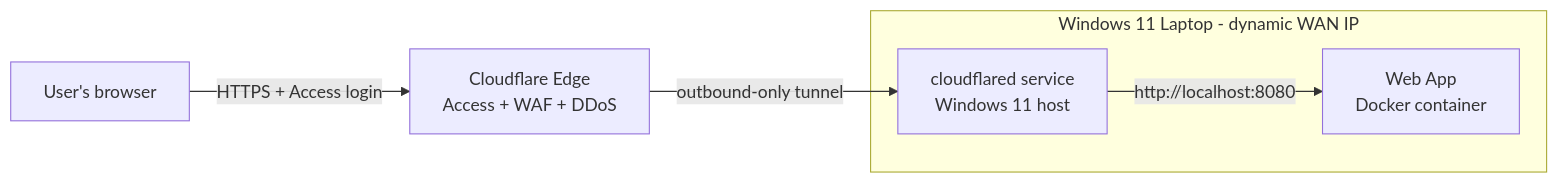
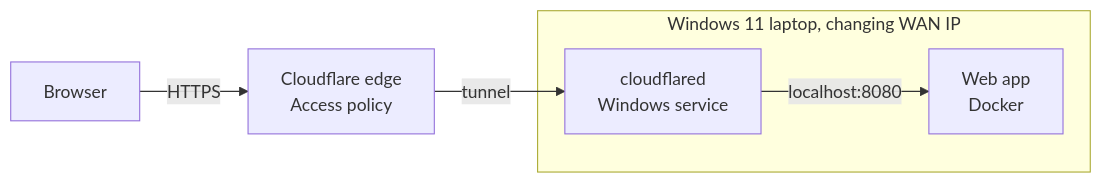
Before and after one commit to gustoak/cloudflare-tunnel-windows: the diagram in README.md, drawn with Mermaid. The commit also changed other lines of this file, not shown here.

````diff
--- a/README.md
+++ b/README.md
@@ -34,11 +23,11 @@
 ```mermaid
 flowchart LR
-    U[User's browser] -->|HTTPS + Access login| CF[Cloudflare Edge<br/>Access + WAF + DDoS]
-    CF -->|outbound-only tunnel| C[cloudflared service<br/>Windows 11 host]
-    C -->|http://localhost:8080| A[Web App<br/>Docker container]
+    U[Browser] -->|HTTPS| CF[Cloudflare edge<br/>Access policy]
+    CF -->|tunnel| C[cloudflared<br/>Windows service]
+    C -->|localhost:8080| A[Web app<br/>Docker]
 
-    subgraph Host [Windows 11 Laptop - dynamic WAN IP]
+    subgraph Laptop [Windows 11 laptop, changing WAN IP]
         C
         A
     end
 ```
````
